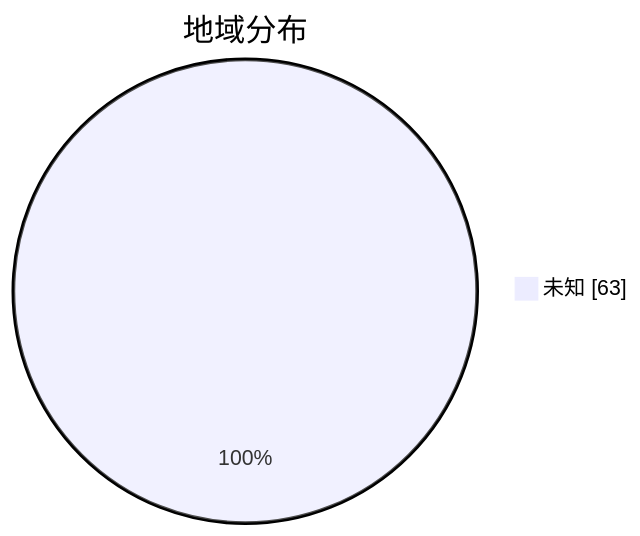
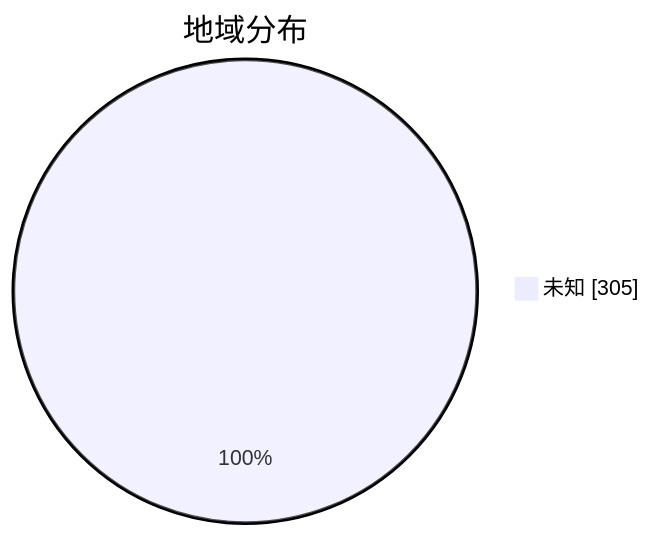
One commit to qjlxg/airport changed the second of 3 diagrams in subs/statistics/tested_within.md. Above: the diagram before and after it, drawn with Mermaid. The commit also changed other lines of this file and 2 other files, not shown here.

````diff
--- a/subs/statistics/tested_within.md
+++ b/subs/statistics/tested_within.md
@@ -12,5 +15,5 @@
 ```mermaid
 pie showData
 title 地域分布
-"未知" : 63
+"未知" : 305
 ```
````
